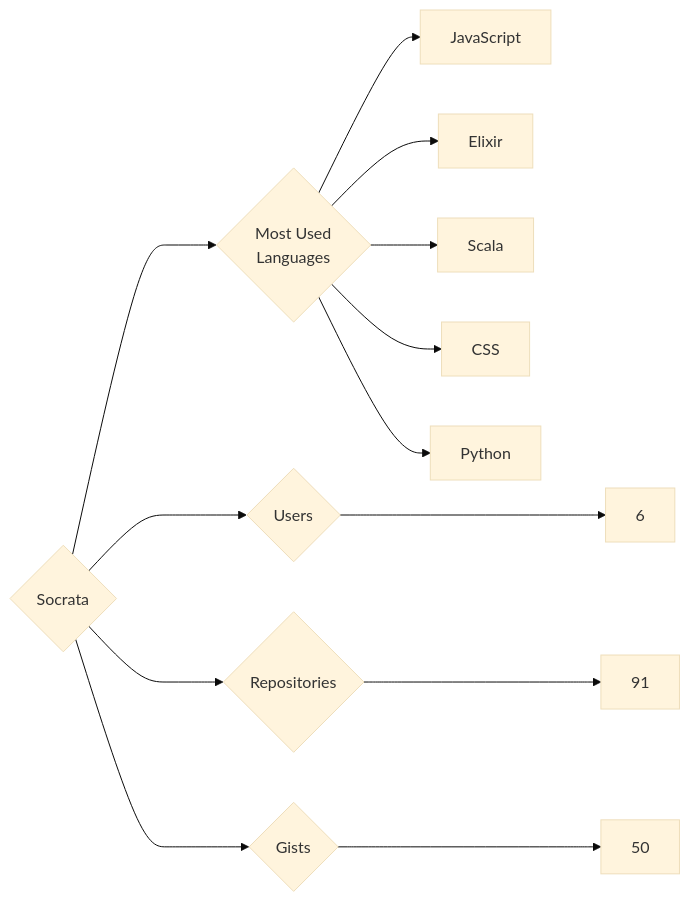
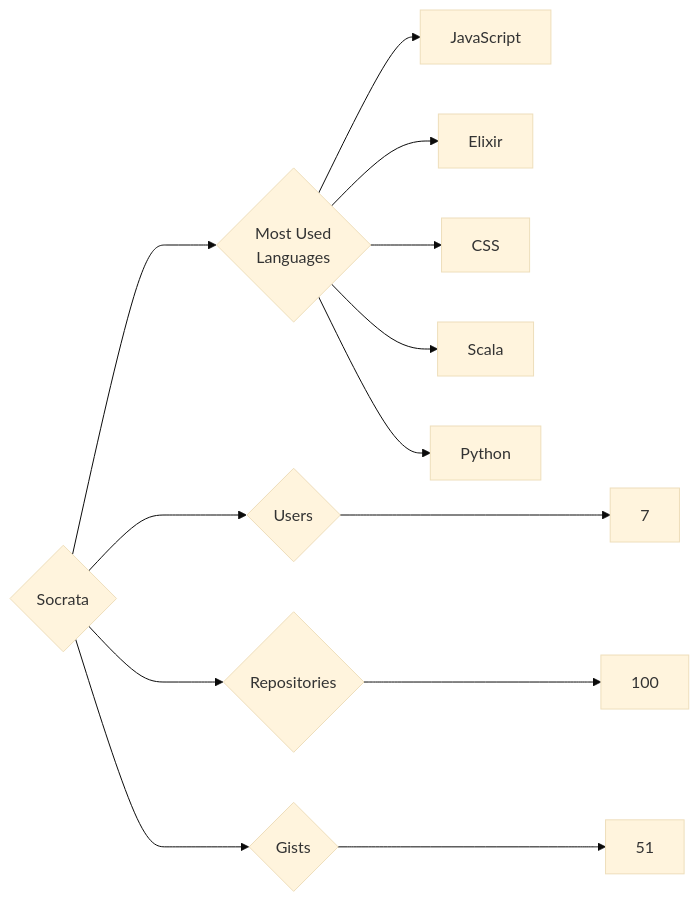
Before and after one commit to trickest/insiders: the diagram in targets/Socrata/README.md, drawn with Mermaid (base theme). The commit also changed 886 other files, not shown here.

````diff
--- a/targets/Socrata/README.md
+++ b/targets/Socrata/README.md
@@ -3,13 +3,13 @@
 ```mermaid
 graph LR
 COMPANY_NAME{Socrata}
-COMPANY_NAME ---> U{Users} ---> UN[6]
-COMPANY_NAME ---> R{Repositories} ---> RN[91]
-COMPANY_NAME ---> G{Gists} ---> GN[50]
+COMPANY_NAME ---> U{Users} ---> UN[7]
+COMPANY_NAME ---> R{Repositories} ---> RN[100]
+COMPANY_NAME ---> G{Gists} ---> GN[51]
 COMPANY_NAME ---> ML{Most Used<br>Languages}
 ML --> JavaScript[JavaScript]
 ML --> Elixir[Elixir]
+ML --> CSS[CSS]
 ML --> Scala[Scala]
-ML --> CSS[CSS]
 ML --> Python[Python]
 ```
````
